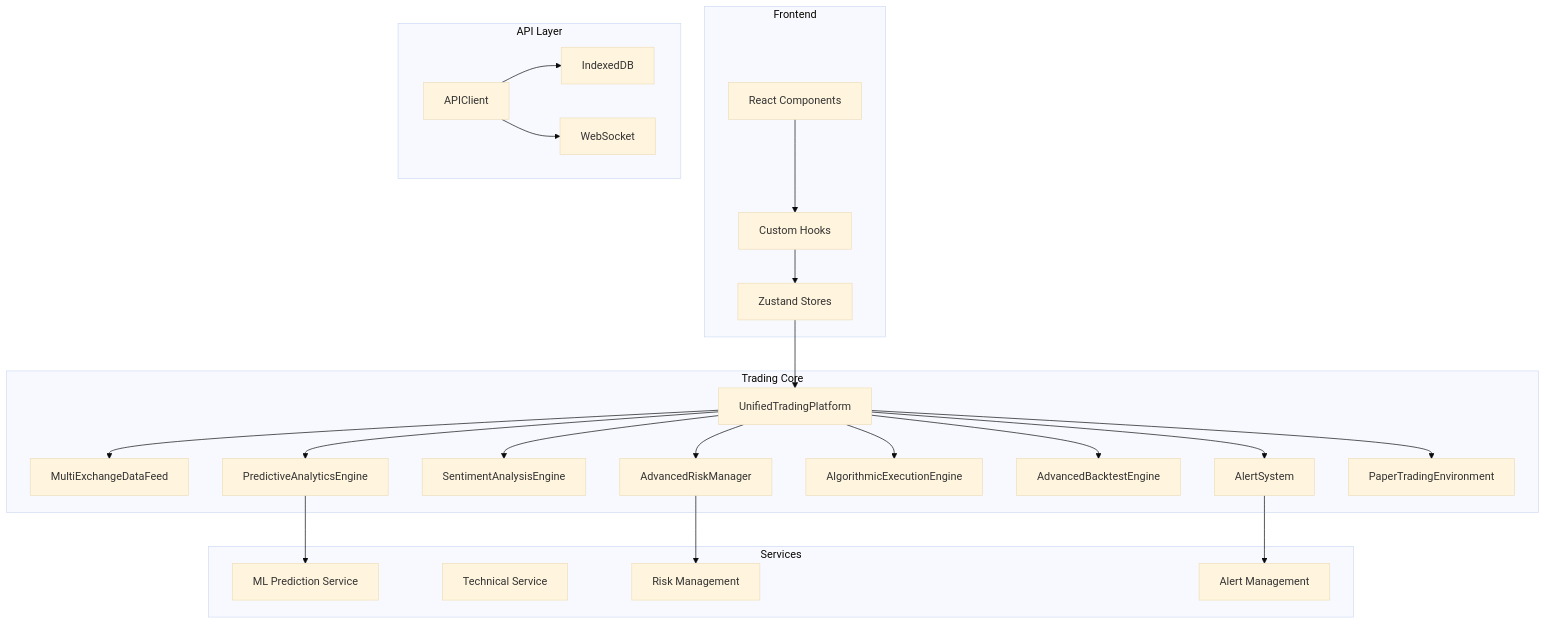
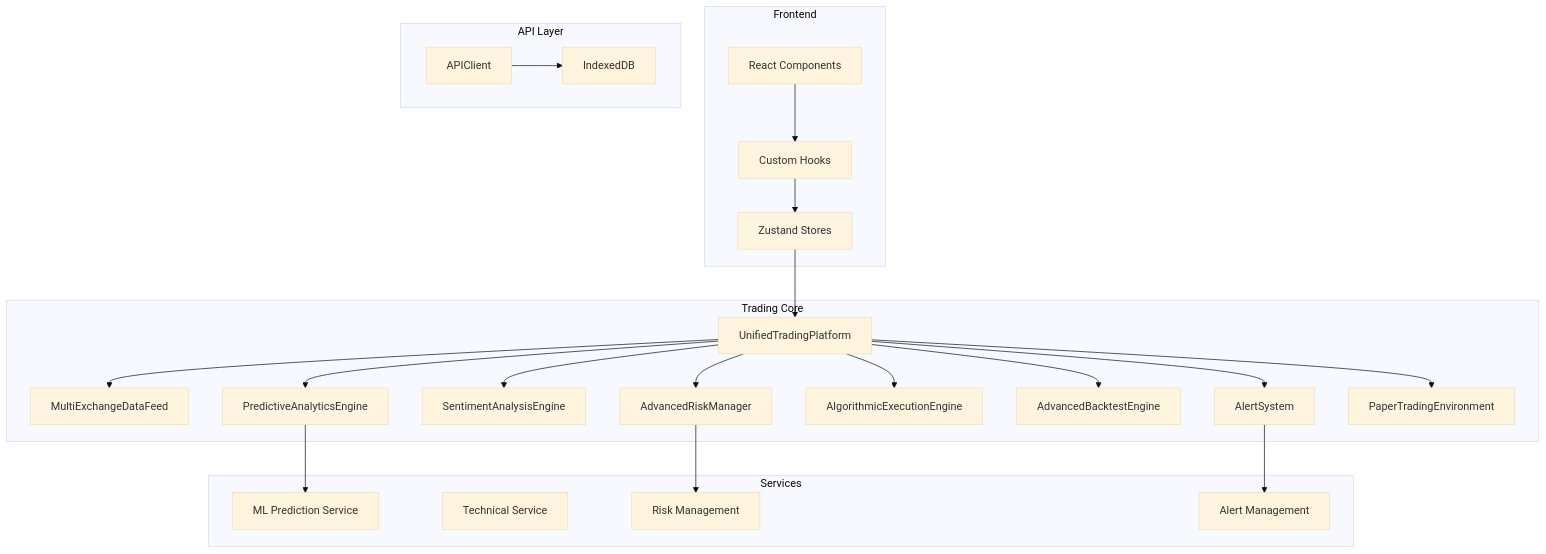
The first of 2 diagrams in trading-platform/docs/improvement-proposals.md (kaenozu/Ult), drawn with Mermaid (base theme) before and after one commit. The commit also changed other lines of this file and 96 other files, not shown here.

First line of the commit message:
fix: Resolve TypeScript errors and broken tests after WebSocket infrastructure refactor

````diff
--- a/trading-platform/docs/improvement-proposals.md
+++ b/trading-platform/docs/improvement-proposals.md
@@ -19,50 +21,47 @@
 ```mermaid
 graph TB
     subgraph Frontend
         UI[React Components]
         Hooks[Custom Hooks]
         Store[Zustand Stores]
     end
     
     subgraph Trading Core
         UTP[UnifiedTradingPlatform]
         MEF[MultiExchangeDataFeed]
         PAE[PredictiveAnalyticsEngine]
         SAE[SentimentAnalysisEngine]
         ARM[AdvancedRiskManager]
         AEE[AlgorithmicExecutionEngine]
         ABE[AdvancedBacktestEngine]
         AS[AlertSystem]
         PTE[PaperTradingEnvironment]
     end
     
     subgraph Services
         ML[ML Prediction Service]
         TS[Technical Service]
         RM[Risk Management]
         AM[Alert Management]
     end
     
     subgraph API Layer
         API[APIClient]
         IDB[IndexedDB]
-        WS[WebSocket]
     end
-    
     UI --> Hooks
     Hooks --> Store
     Store --> UTP
     UTP --> MEF
     UTP --> PAE
     UTP --> SAE
     UTP --> ARM
     UTP --> AEE
     UTP --> ABE
     UTP --> AS
     UTP --> PTE
     PAE --> ML
     ARM --> RM
     AS --> AM
     API --> IDB
-    API --> WS
 ```
````
